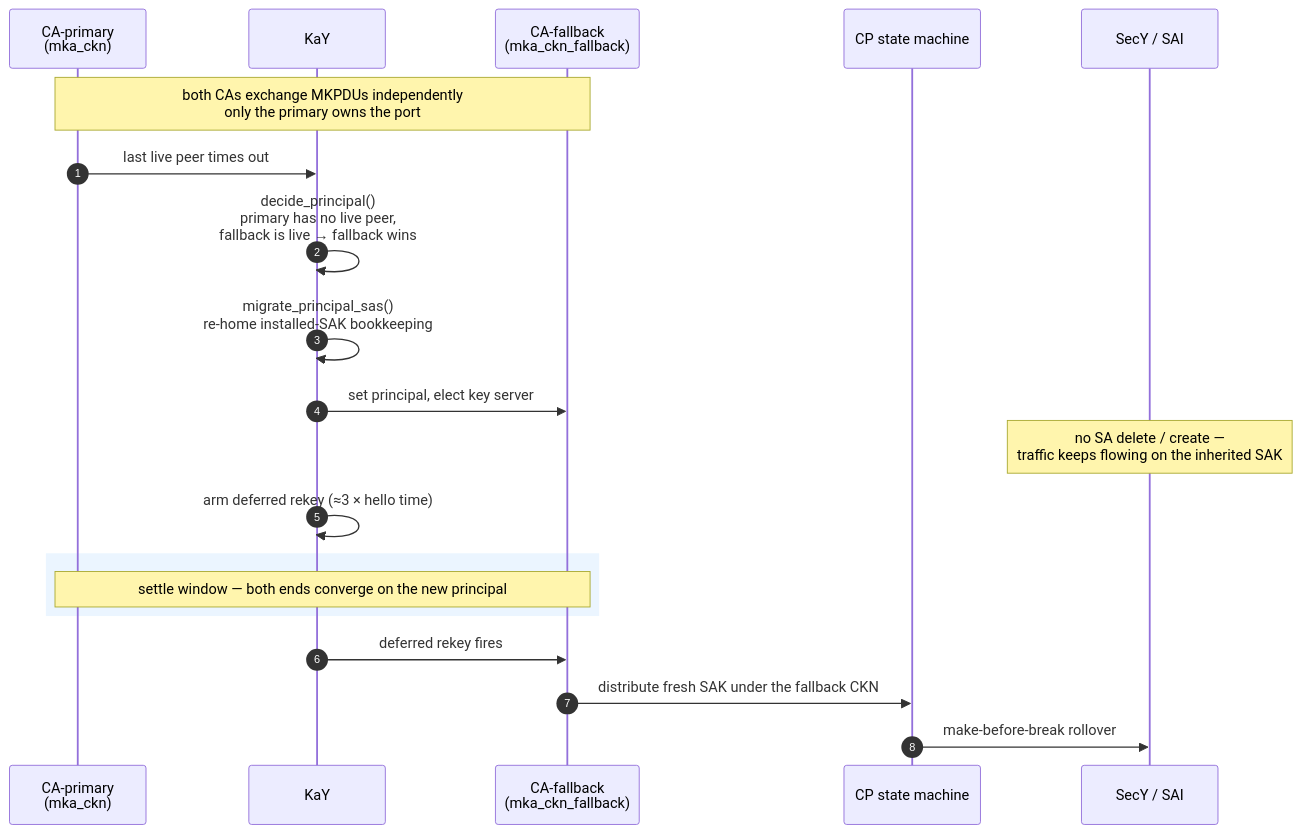
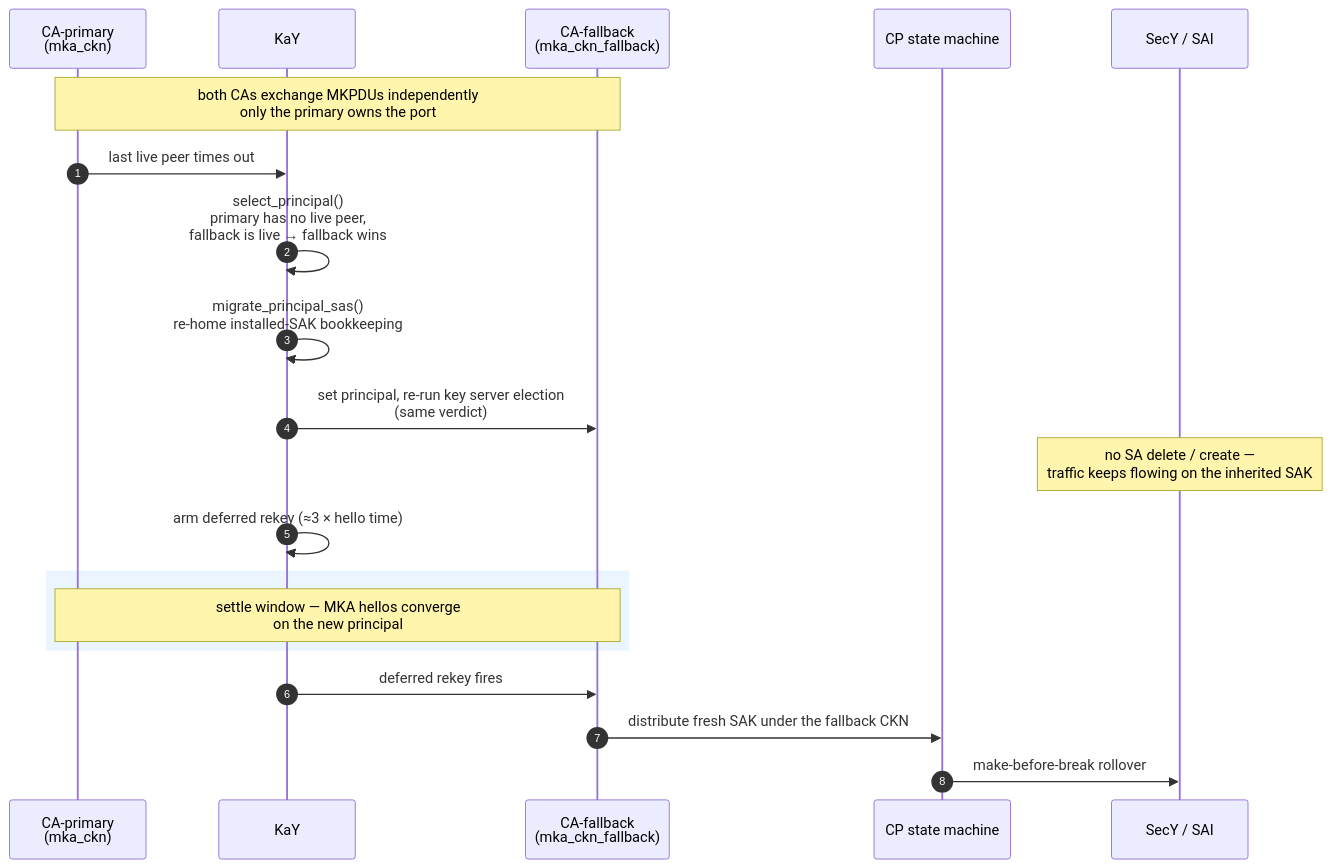
Before and after one commit to sonic-net/SONiC: the fourth of 6 diagrams in doc/macsec/MACsec_fallback_cak_hld.md, drawn with Mermaid. The commit also changed other lines of this file, not shown here.

````diff
--- a/doc/macsec/MACsec_fallback_cak_hld.md
+++ b/doc/macsec/MACsec_fallback_cak_hld.md
@@ -203,26 +245,26 @@
 ```mermaid
 sequenceDiagram
   autonumber
   participant CAP as CA-primary <br/>(mka_ckn)
   participant KAY as KaY
   participant CAF as CA-fallback <br/>(mka_ckn_fallback)
   participant CP as CP state machine
   participant SEC as SecY / SAI
 
   Note over CAP,CAF: both CAs exchange MKPDUs independently <br/>only the primary owns the port
 
   CAP->>KAY: last live peer times out
-  KAY->>KAY: decide_principal() <br/>primary has no live peer, <br/>fallback is live → fallback wins
+  KAY->>KAY: select_principal() <br/>primary has no live peer, <br/>fallback is live → fallback wins
   KAY->>KAY: migrate_principal_sas() <br/>re-home installed-SAK bookkeeping
-  KAY->>CAF: set principal, elect key server
+  KAY->>CAF: set principal, re-run key server election <br/>(same verdict)
   Note over SEC: no SA delete / create — <br/>traffic keeps flowing on the inherited SAK
   KAY->>KAY: arm deferred rekey (≈3 × hello time)
 
   rect rgb(235,245,255)
-  Note over CAP,CAF: settle window — both ends converge on the new principal
+  Note over CAP,CAF: settle window — MKA hellos converge <br/>on the new principal
   end
 
   KAY->>CAF: deferred rekey fires
   CAF->>CP: distribute fresh SAK under the fallback CKN
   CP->>SEC: make-before-break rollover
 ```
````
